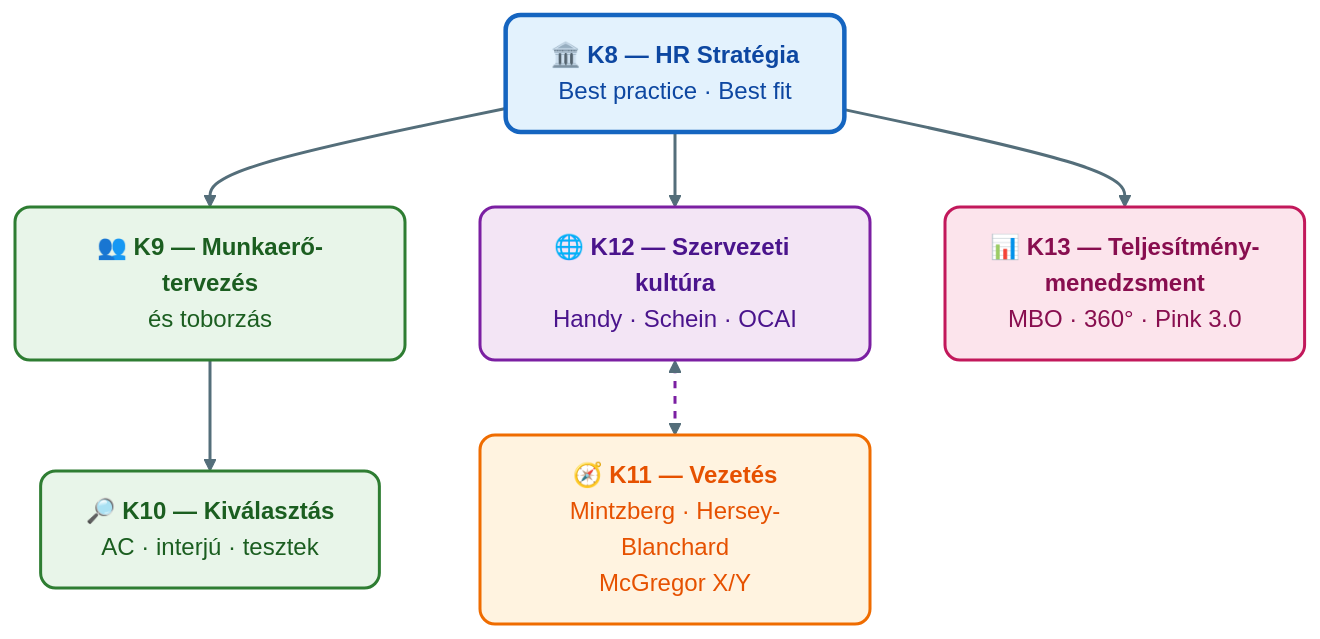
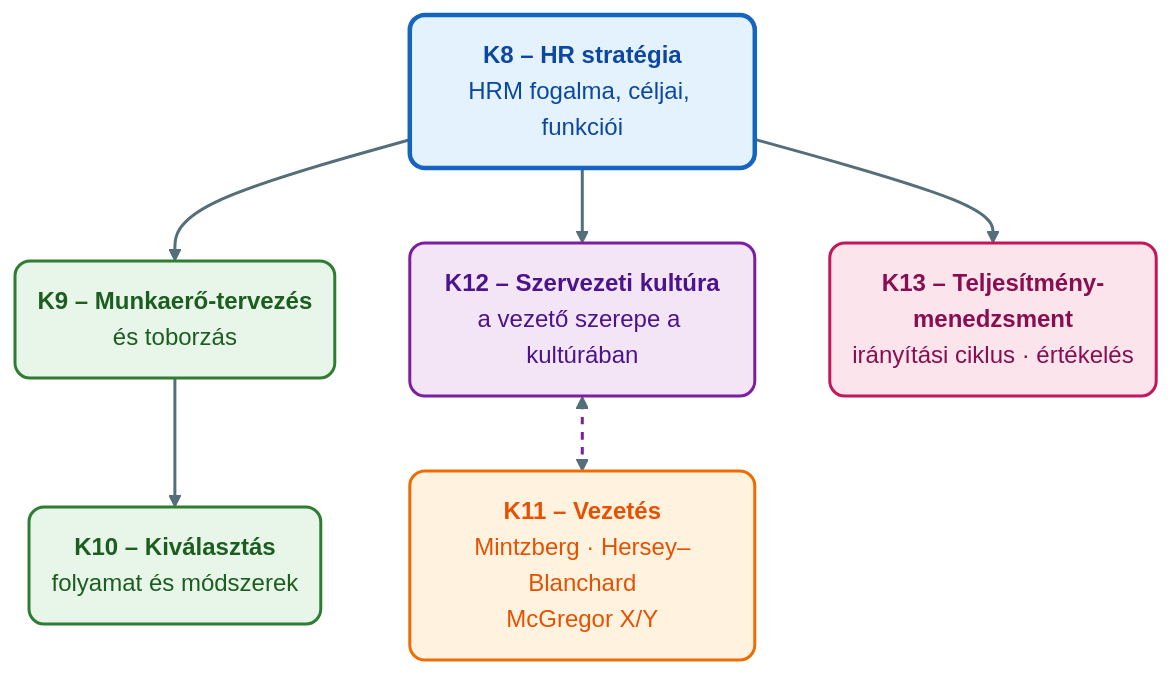
The second of 2 diagrams in Tételek/K13-GMXHR1MBLF-Teljesítménymenedzsment és értékelés.tétel.md (denespocsik/MM_BSC_Zarovizsga), drawn with Mermaid before and after one commit. The commit also changed other lines of this file, not shown here.

````diff
--- a/Tételek/K13-GMXHR1MBLF-Teljesítménymenedzsment és értékelés.tétel.md
+++ b/Tételek/K13-GMXHR1MBLF-Teljesítménymenedzsment és értékelés.tétel.md
@@ -65,24 +94,24 @@
 ```mermaid
 graph TD
-    K8["🏛️ <b>K8 — HR Stratégia</b><br/>Best practice · Best fit"]:::kekH
-    K9["👥 <b>K9 — Munkaerő-tervezés</b><br/>és toborzás"]:::zold
-    K10["🔎 <b>K10 — Kiválasztás</b><br/>AC · interjú · tesztek"]:::zold
-    K11["🧭 <b>K11 — Vezetés</b><br/>Mintzberg · Hersey-Blanchard<br/>McGregor X/Y"]:::narancs
-    K12["🌐 <b>K12 — Szervezeti kultúra</b><br/>Handy · Schein · OCAI"]:::lila
-    K13["📊 <b>K13 — Teljesítmény-</b><br/><b>menedzsment</b><br/>MBO · 360° · Pink 3.0"]:::rozsa
+    K8("<b>K8 – HR stratégia</b><br/>HRM fogalma, céljai, funkciói"):::kekH
+    K9("<b>K9 – Munkaerő-tervezés</b><br/>és toborzás"):::zold
+    K10("<b>K10 – Kiválasztás</b><br/>folyamat és módszerek"):::zold
+    K11("<b>K11 – Vezetés</b><br/>Mintzberg · Hersey–Blanchard<br/>McGregor X/Y"):::narancs
+    K12("<b>K12 – Szervezeti kultúra</b><br/>a vezető szerepe a kultúrában"):::lila
+    K13("<b>K13 – Teljesítmény-</b><br/><b>menedzsment</b><br/>irányítási ciklus · értékelés"):::rozsa
 
     K8 --> K9
     K8 --> K13
     K8 --> K12
     K9 --> K10
     K12 <--> K11
 
     classDef kekH    fill:#e3f2fd,stroke:#1565c0,stroke-width:3px,color:#0d47a1,rx:10,ry:10;
     classDef zold    fill:#e8f5e9,stroke:#2e7d32,stroke-width:2px,color:#1b5e20,rx:10,ry:10;
     classDef narancs fill:#fff3e0,stroke:#ef6c00,stroke-width:2px,color:#e65100,rx:10,ry:10;
     classDef rozsa   fill:#fce4ec,stroke:#c2185b,stroke-width:2px,color:#880e4f,rx:10,ry:10;
     classDef lila    fill:#f3e5f5,stroke:#7b1fa2,stroke-width:2px,color:#4a148c,rx:10,ry:10;
 
     linkStyle default stroke:#546e7a,stroke-width:2px;
     linkStyle 4 stroke:#7b1fa2,stroke-width:2px,stroke-dasharray: 5 5;
 ```
````
